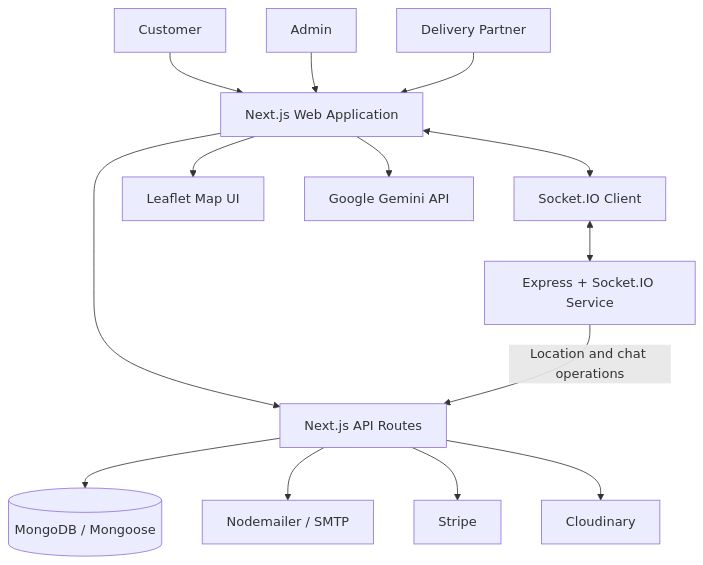
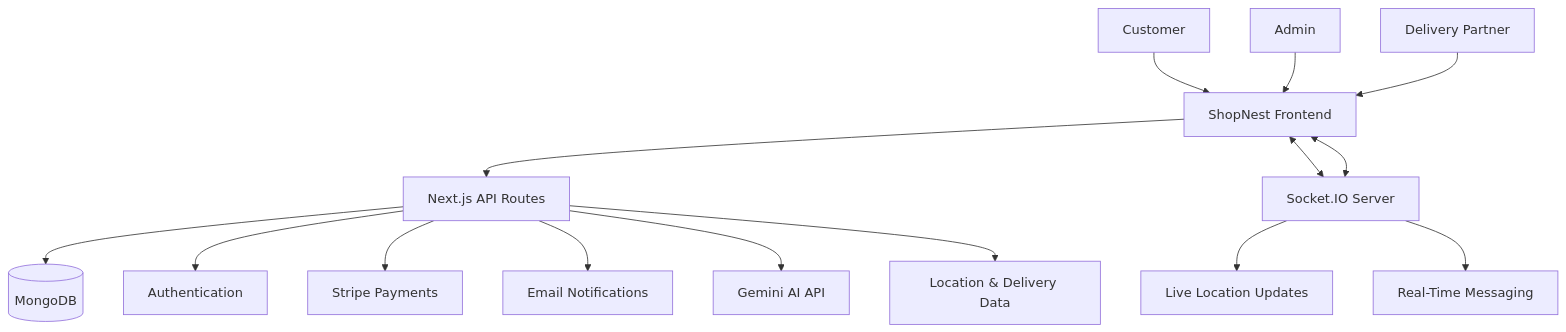
One commit to samarthpandey158/groceryFolder changed the diagram in README.md. Above: the diagram before and after it, drawn with Mermaid. The commit also changed other lines of this file, not shown here.

````diff
--- a/README.md
+++ b/README.md
@@ -138,19 +145,20 @@
 ```mermaid
 flowchart TD
-    Customer[Customer] --> Web[Next.js Web Application]
-    Admin[Admin] --> Web
-    Delivery[Delivery Partner] --> Web
+    A[Customer] --> F[ShopNest Frontend]
+    B[Admin] --> F
+    C[Delivery Partner] --> F
 
-    Web --> API[Next.js API Routes]
-    API --> DB[(MongoDB / Mongoose)]
+    F --> API[Next.js API Routes]
+    F <--> RT[Socket.IO Server]
 
-    Web <--> Client[Socket.IO Client]
-    Client <--> Socket[Express + Socket.IO Service]
-    Socket -->|Location and chat operations| API
+    API --> DB[(MongoDB)]
+    API --> AUTH[Authentication]
+    API --> PAY[Stripe Payments]
+    API --> MAIL[Email Notifications]
+    API --> AI[Gemini AI API]
+    API --> MAP[Location & Delivery Data]
 
-    Web --> Maps[Leaflet Map UI]
-    Web --> AI[Google Gemini API]
-    API --> Email[Nodemailer / SMTP]
-    API --> Payment[Stripe]
-    API --> Media[Cloudinary]
+    RT <--> F
+    RT --> LOC[Live Location Updates]
+    RT --> CHAT[Real-Time Messaging]
 ```
````
